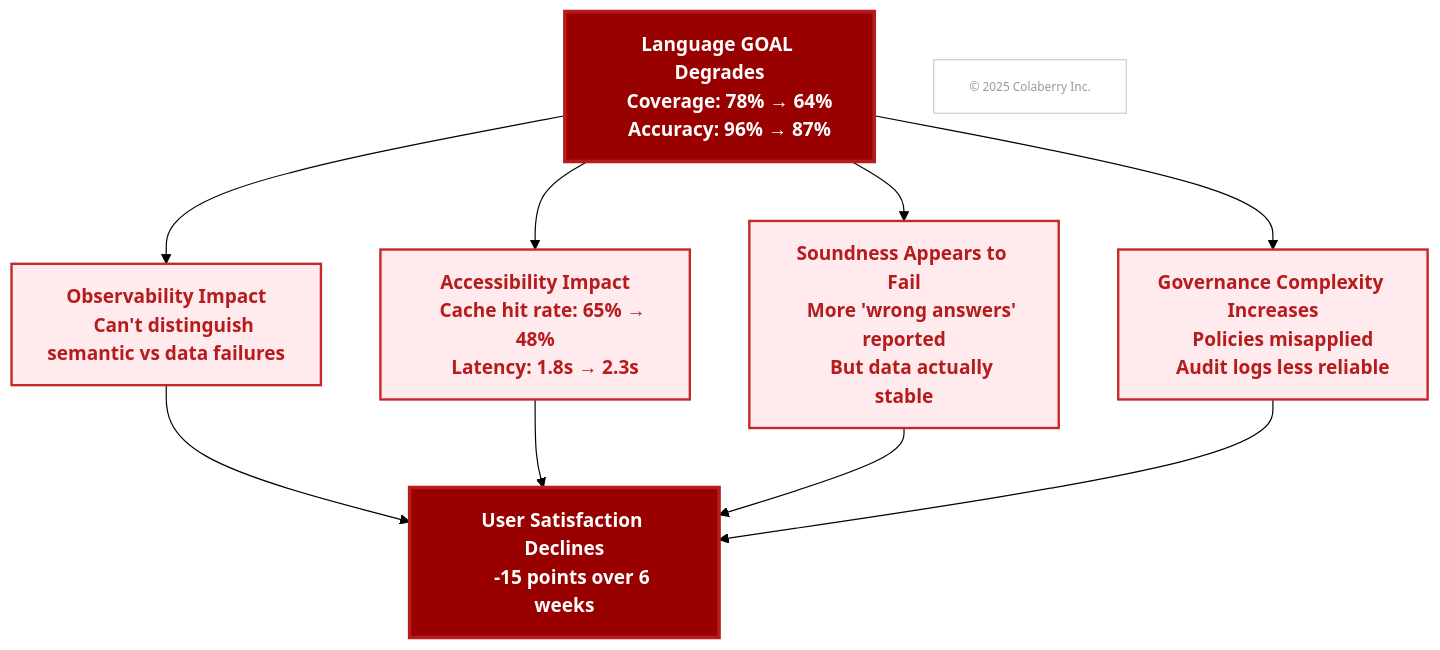
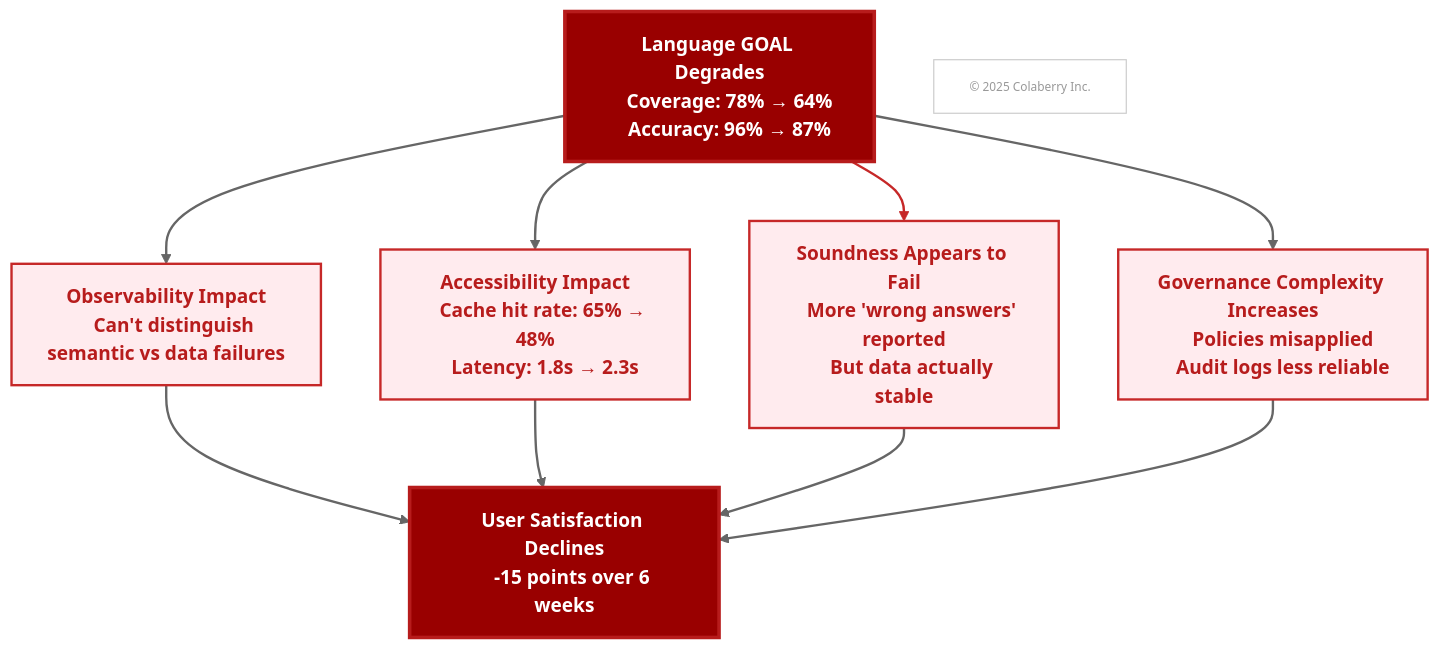
One commit to colaberry/enterprise-data-readiness-ai-agents changed the eighth of 11 diagrams in chapter-02/chapter_2_complete.md. Above: the diagram before and after it, drawn with Mermaid (forest theme). The commit also changed other lines of this file, not shown here.

First line of the commit message:
link styles updated

````diff
--- a/chapter-02/chapter_2_complete.md
+++ b/chapter-02/chapter_2_complete.md
@@ -1458,32 +1569,41 @@
 ```mermaid
 graph TD
     A["<b>Language GOAL Degrades
     Coverage: 78% → 64%
     Accuracy: 96% → 87%</b>"] --> B["<b>Observability Impact
     Can't distinguish semantic vs data failures</b>"]
     A --> C["<b>Accessibility Impact
     Cache hit rate: 65% → 48%
     Latency: 1.8s → 2.3s</b>"]
     A --> D["<b>Soundness Appears to Fail
     More 'wrong answers' reported
     But data actually stable</b>"]
     A --> E["<b>Governance Complexity Increases
     Policies misapplied
     Audit logs less reliable</b>"]
     
     B --> F["<b>User Satisfaction Declines
     -15 points over 6 weeks</b>"]
     C --> F
     D --> F
     E --> F
     
     style A fill:#990000,color:#ffffff,stroke:#b71c1c,stroke-width:3px
     style B fill:#ffebee,stroke:#c62828,stroke-width:2px,color:#b71c1c
     style C fill:#ffebee,stroke:#c62828,stroke-width:2px,color:#b71c1c
     style D fill:#ffebee,stroke:#c62828,stroke-width:2px,color:#b71c1c
     style E fill:#ffebee,stroke:#c62828,stroke-width:2px,color:#b71c1c
     style F fill:#990000,color:#ffffff,stroke:#b71c1c,stroke-width:3px
     
+
+    linkStyle 0 stroke:#666666,stroke-width:2px
+    linkStyle 1 stroke:#666666,stroke-width:2px
+    linkStyle 2 stroke:#c62828,stroke-width:2px
+    linkStyle 3 stroke:#666666,stroke-width:2px
+    linkStyle 4 stroke:#666666,stroke-width:2px
+    linkStyle 5 stroke:#666666,stroke-width:2px
+    linkStyle 6 stroke:#666666,stroke-width:2px
+    linkStyle 7 stroke:#666666,stroke-width:2px
     COPYRIGHT["© 2025 Colaberry Inc."]
     style COPYRIGHT fill:#ffffff,stroke:#cccccc,stroke-width:1px,color:#999999,font-size:10px
 ```
````
